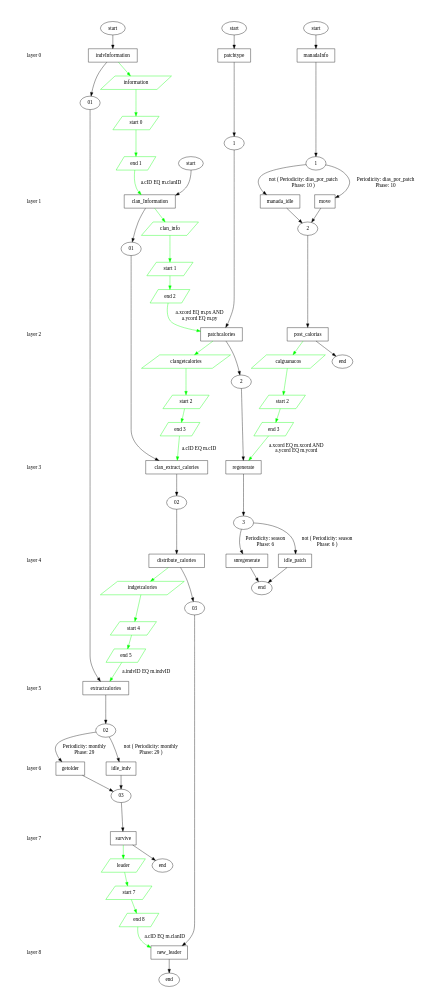
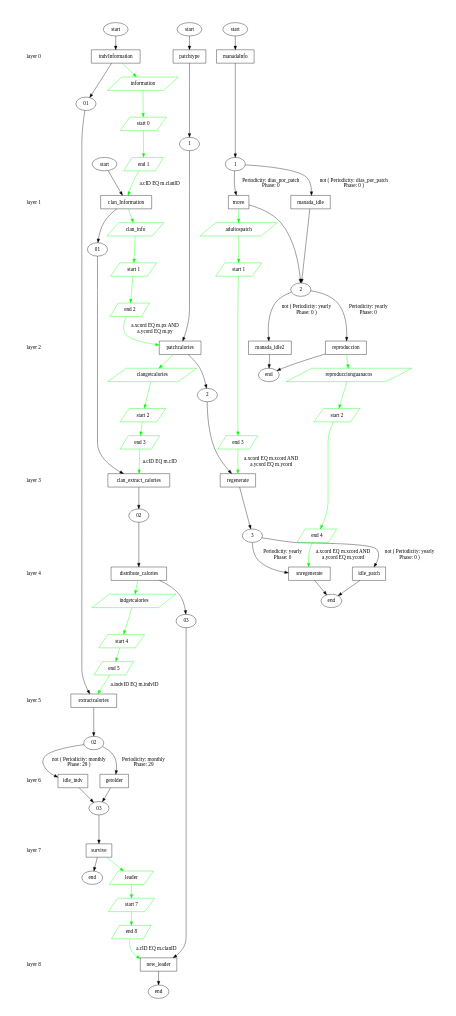
Before and after one commit to andresroro/patagonia: the diagram in stategraph.dot, drawn with Graphviz. The commit also changed 30 other files, not shown here.

Commit message:
ADD reproduccion guanacos

```diff
--- a/stategraph.dot
+++ b/stategraph.dot
@@ -96,7 +96,8 @@
 	manada_guanacos_manadaInfo_start_1 [label = "manadaInfo", shape = rect]
 	manada_guanacos_manada_idle_1_2 [label = "manada_idle", shape = rect]
 	manada_guanacos_move_1_2 [label = "move", shape = rect]
-	manada_guanacos_post_calorias_2_end [label = "post_calorias", shape = rect]
+	manada_guanacos_reproduccion_2_end [label = "reproduccion", shape = rect]
+	manada_guanacos_manada_idle2_2_end [label = "manada_idle2", shape = rect]
 	
 	/* Message types */
 	information_message [ label = "information" color="#00ff00" shape = parallelogram];
@@ -129,12 +130,18 @@
 	clangetcalories_message_start_0 -> clangetcalories_message_end_0 [ color="#00ff00" ];
 	clangetcalories_message_end_0 [ label = "end 3" color="#00ff00" shape = parallelogram];
 	clangetcalories_message_end_0 -> clan_clan_extract_calories_01_02 [ color="#00ff00" label = "a.cID EQ m.cID" ];
-	calguanacos_message [ label = "calguanacos" color="#00ff00" shape = parallelogram];
-	calguanacos_message -> calguanacos_message_start_0 [ color="#00ff00" ];
-	calguanacos_message_start_0 [ label = "start 2" color="#00ff00" shape = parallelogram];
-	calguanacos_message_start_0 -> calguanacos_message_end_0 [ color="#00ff00" ];
-	calguanacos_message_end_0 [ label = "end 3" color="#00ff00" shape = parallelogram];
-	calguanacos_message_end_0 -> patch_regenerate_2_3 [ color="#00ff00" label = "a.xcord EQ m.xcord AND\na.ycord EQ m.ycord" ];
+	adultospatch_message [ label = "adultospatch" color="#00ff00" shape = parallelogram];
+	adultospatch_message -> adultospatch_message_start_0 [ color="#00ff00" ];
+	adultospatch_message_start_0 [ label = "start 1" color="#00ff00" shape = parallelogram];
+	adultospatch_message_start_0 -> adultospatch_message_end_0 [ color="#00ff00" ];
+	adultospatch_message_end_0 [ label = "end 3" color="#00ff00" shape = parallelogram];
+	adultospatch_message_end_0 -> patch_regenerate_2_3 [ color="#00ff00" label = "a.xcord EQ m.xcord AND\na.ycord EQ m.ycord" ];
+	reproduccionguanacos_message [ label = "reproduccionguanacos" color="#00ff00" shape = parallelogram];
+	reproduccionguanacos_message -> reproduccionguanacos_message_start_0 [ color="#00ff00" ];
+	reproduccionguanacos_message_start_0 [ label = "start 2" color="#00ff00" shape = parallelogram];
+	reproduccionguanacos_message_start_0 -> reproduccionguanacos_message_end_0 [ color="#00ff00" ];
+	reproduccionguanacos_message_end_0 [ label = "end 4" color="#00ff00" shape = parallelogram];
+	reproduccionguanacos_message_end_0 -> patch_snregenerate_3_end [ color="#00ff00" label = "a.xcord EQ m.xcord AND\na.ycord EQ m.ycord" ];
 	
 	/* Transitions */
 	indv_start -> indv_indvInformation_start_01;
@@ -161,18 +168,20 @@
 	patch_patchcalories_1_2 -> patch_2;
 	patch_2 -> patch_regenerate_2_3;
 	patch_regenerate_2_3 -> patch_3;
-	patch_3 -> patch_snregenerate_3_end [ label = "Periodicity: season\nPhase: 6"];
+	patch_3 -> patch_snregenerate_3_end [ label = "Periodicity: yearly\nPhase: 0"];
 	patch_snregenerate_3_end -> patch_end;
-	patch_3 -> patch_idle_patch_3_end [ label = "not ( Periodicity: season\nPhase: 6 )"];
+	patch_3 -> patch_idle_patch_3_end [ label = "not ( Periodicity: yearly\nPhase: 0 )"];
 	patch_idle_patch_3_end -> patch_end;
 	manada_guanacos_start -> manada_guanacos_manadaInfo_start_1;
 	manada_guanacos_manadaInfo_start_1 -> manada_guanacos_1;
-	manada_guanacos_1 -> manada_guanacos_manada_idle_1_2 [ label = "not ( Periodicity: dias_por_patch\nPhase: 10 )"];
+	manada_guanacos_1 -> manada_guanacos_manada_idle_1_2 [ label = "not ( Periodicity: dias_por_patch\nPhase: 0 )"];
 	manada_guanacos_manada_idle_1_2 -> manada_guanacos_2;
-	manada_guanacos_1 -> manada_guanacos_move_1_2 [ label = "Periodicity: dias_por_patch\nPhase: 10"];
+	manada_guanacos_1 -> manada_guanacos_move_1_2 [ label = "Periodicity: dias_por_patch\nPhase: 0"];
 	manada_guanacos_move_1_2 -> manada_guanacos_2;
-	manada_guanacos_2 -> manada_guanacos_post_calorias_2_end;
-	manada_guanacos_post_calorias_2_end -> manada_guanacos_end;
+	manada_guanacos_2 -> manada_guanacos_reproduccion_2_end [ label = "Periodicity: yearly\nPhase: 0"];
+	manada_guanacos_reproduccion_2_end -> manada_guanacos_end;
+	manada_guanacos_2 -> manada_guanacos_manada_idle2_2_end [ label = "not ( Periodicity: yearly\nPhase: 0 )"];
+	manada_guanacos_manada_idle2_2_end -> manada_guanacos_end;
 	
 	/* Communications */
 	indv_indvInformation_start_01 -> information_message [ color="#00ff00" ];
@@ -180,21 +189,22 @@
 	clan_clan_Information_start_01 -> clan_info_message [ color="#00ff00" ];
 	clan_distribute_calories_02_03 -> indgetcalories_message [ color="#00ff00" ];
 	patch_patchcalories_1_2 -> clangetcalories_message [ color="#00ff00" ];
-	manada_guanacos_post_calorias_2_end -> calguanacos_message [ color="#00ff00" ];
+	manada_guanacos_move_1_2 -> adultospatch_message [ color="#00ff00" ];
+	manada_guanacos_reproduccion_2_end -> reproduccionguanacos_message [ color="#00ff00" ];
 	{ rank=same; layer_0;  indv_indvInformation_start_01;  patch_patchtype_start_1;  manada_guanacos_manadaInfo_start_1; }
 	{ rank=same; layer_0_b; }
 	{ rank=same; layer_0_a; information_message_start_0; }
 	{ rank=same; layer_1;  clan_clan_Information_start_01;  manada_guanacos_manada_idle_1_2;  manada_guanacos_move_1_2; }
 	{ rank=same; layer_1_b; information_message_end_0; }
-	{ rank=same; layer_1_a; clan_info_message_start_0; }
-	{ rank=same; layer_2;  patch_patchcalories_1_2;  manada_guanacos_post_calorias_2_end; }
+	{ rank=same; layer_1_a; clan_info_message_start_0; adultospatch_message_start_0; }
+	{ rank=same; layer_2;  patch_patchcalories_1_2;  manada_guanacos_reproduccion_2_end;  manada_guanacos_manada_idle2_2_end; }
 	{ rank=same; layer_2_b; clan_info_message_end_0; }
-	{ rank=same; layer_2_a; clangetcalories_message_start_0; calguanacos_message_start_0; }
+	{ rank=same; layer_2_a; clangetcalories_message_start_0; reproduccionguanacos_message_start_0; }
 	{ rank=same; layer_3;  clan_clan_extract_calories_01_02;  patch_regenerate_2_3; }
-	{ rank=same; layer_3_b; clangetcalories_message_end_0; calguanacos_message_end_0; }
+	{ rank=same; layer_3_b; clangetcalories_message_end_0; adultospatch_message_end_0; }
 	{ rank=same; layer_3_a; }
 	{ rank=same; layer_4;  clan_distribute_calories_02_03;  patch_snregenerate_3_end;  patch_idle_patch_3_end; }
-	{ rank=same; layer_4_b; }
+	{ rank=same; layer_4_b; reproduccionguanacos_message_end_0; }
 	{ rank=same; layer_4_a; indgetcalories_message_start_0; }
 	{ rank=same; layer_5;  indv_extractcalories_01_02; }
 	{ rank=same; layer_5_b; indgetcalories_message_end_0; }
```
